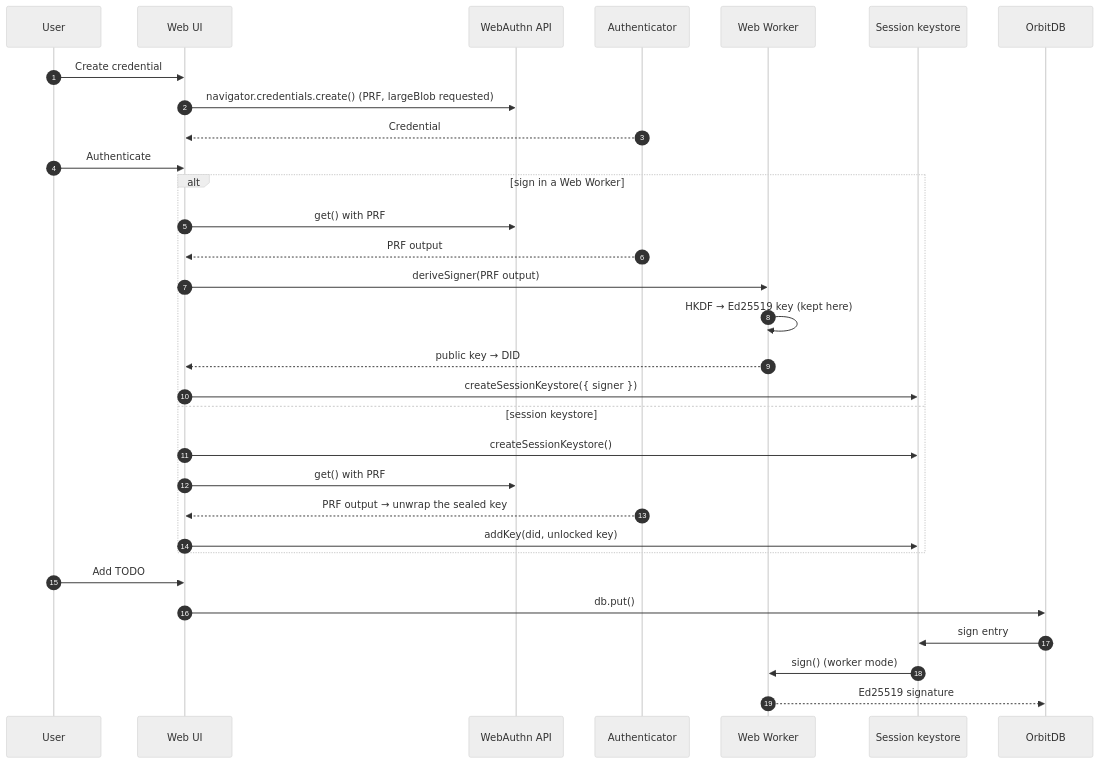
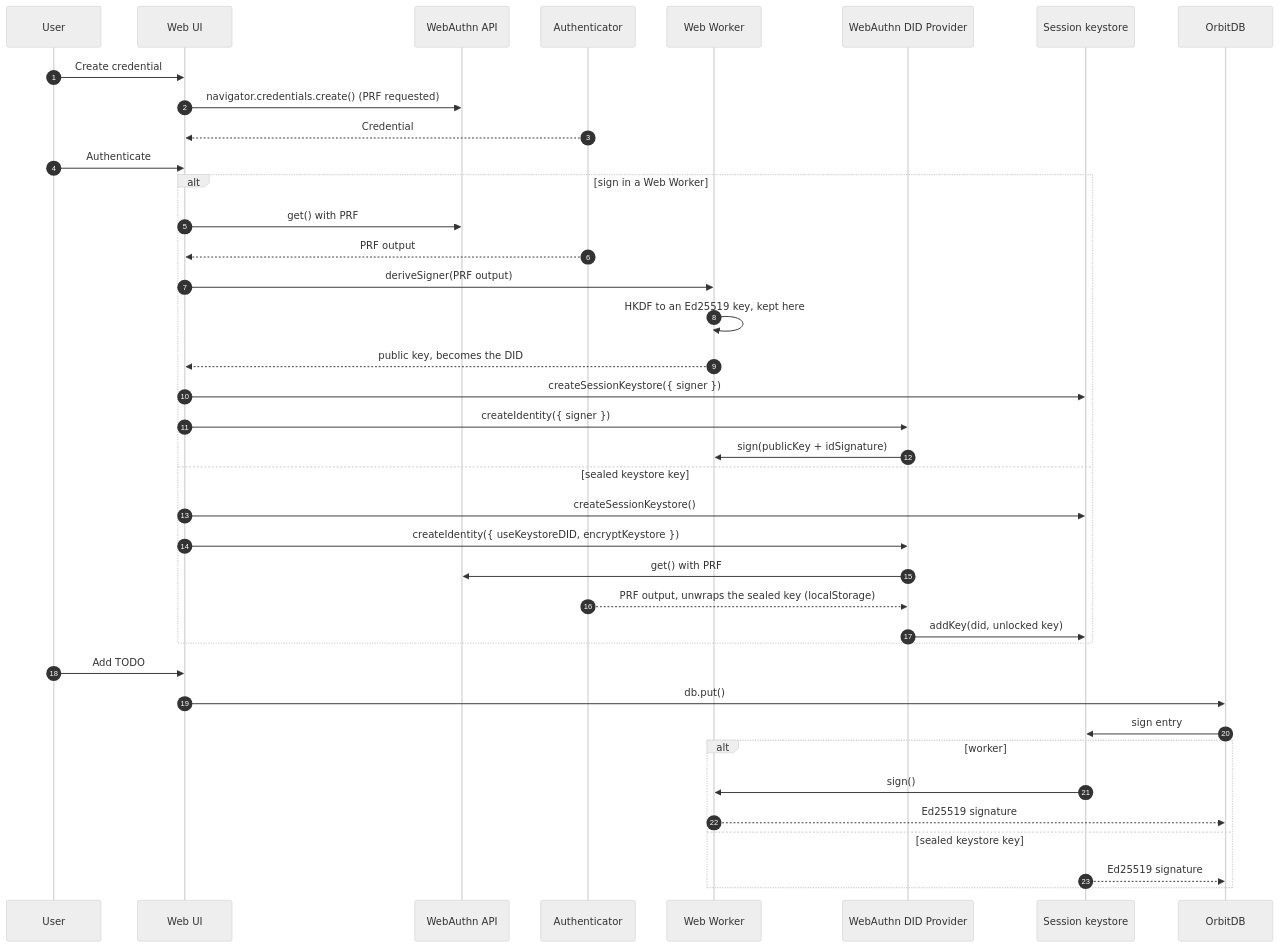
The diagram in examples/ed25519-encrypted-keystore-demo/README.md (Le-Space/orbitdb-identity-provider-webauthn-did), drawn with Mermaid (neutral theme) before and after one commit. The commit also changed 3 other files, not shown here.

````diff
--- a/examples/ed25519-encrypted-keystore-demo/README.md
+++ b/examples/ed25519-encrypted-keystore-demo/README.md
@@ -54,36 +54,44 @@
 ```mermaid
 sequenceDiagram
   autonumber
   participant User
   participant App as Web UI
   participant WebAuthn as WebAuthn API
   participant Auth as Authenticator
   participant Worker as Web Worker
+  participant Prov as WebAuthn DID Provider
   participant KS as Session keystore
   participant DB as OrbitDB
 
   User->>App: Create credential
-  App->>WebAuthn: navigator.credentials.create() (PRF, largeBlob requested)
+  App->>WebAuthn: navigator.credentials.create() (PRF requested)
   Auth-->>App: Credential
 
   User->>App: Authenticate
   alt sign in a Web Worker
     App->>WebAuthn: get() with PRF
     Auth-->>App: PRF output
     App->>Worker: deriveSigner(PRF output)
-    Worker->>Worker: HKDF → Ed25519 key (kept here)
-    Worker-->>App: public key → DID
+    Worker->>Worker: HKDF to an Ed25519 key, kept here
+    Worker-->>App: public key, becomes the DID
     App->>KS: createSessionKeystore({ signer })
-  else session keystore
+    App->>Prov: createIdentity({ signer })
+    Prov->>Worker: sign(publicKey + idSignature)
+  else sealed keystore key
     App->>KS: createSessionKeystore()
-    App->>WebAuthn: get() with PRF
-    Auth-->>App: PRF output → unwrap the sealed key
-    App->>KS: addKey(did, unlocked key)
+    App->>Prov: createIdentity({ useKeystoreDID, encryptKeystore })
+    Prov->>WebAuthn: get() with PRF
+    Auth-->>Prov: PRF output, unwraps the sealed key (localStorage)
+    Prov->>KS: addKey(did, unlocked key)
   end
 
   User->>App: Add TODO
   App->>DB: db.put()
   DB->>KS: sign entry
-  KS->>Worker: sign() (worker mode)
-  Worker-->>DB: Ed25519 signature
+  alt worker
+    KS->>Worker: sign()
+    Worker-->>DB: Ed25519 signature
+  else sealed keystore key
+    KS-->>DB: Ed25519 signature
+  end
 ```
````
